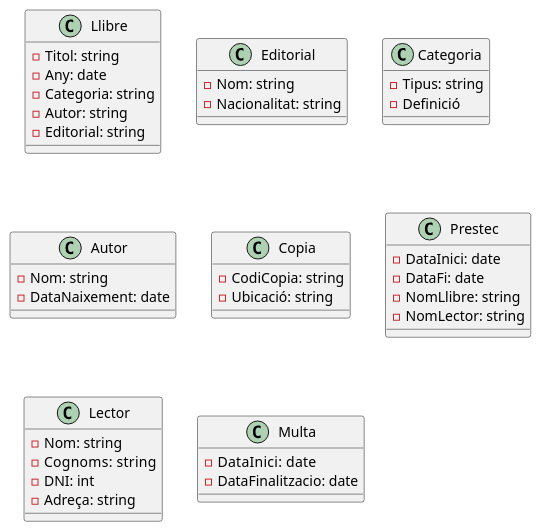
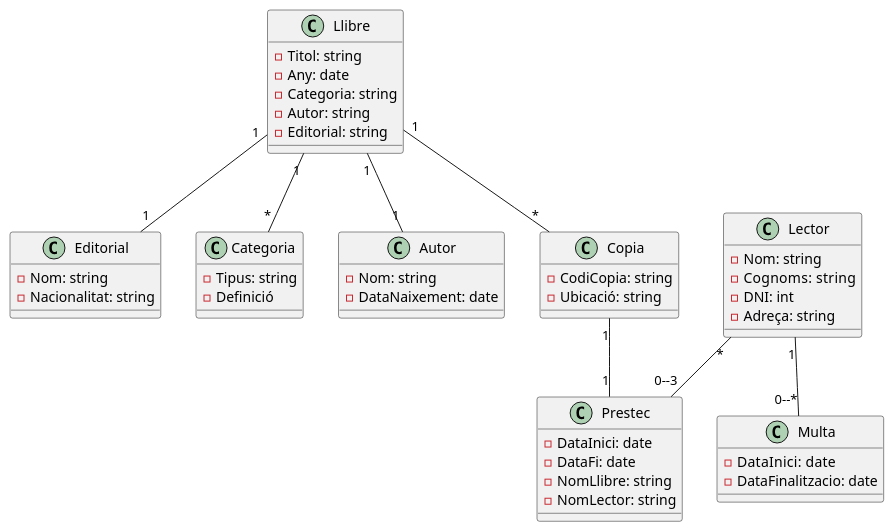
Before and after one commit to albert1413/PlantUML: the diagram in Biblioteca.plantuml, drawn with PlantUML.

Commit message:
versio 1.2

```diff
--- a/Biblioteca.plantuml
+++ b/Biblioteca.plantuml
@@ -1,51 +1,57 @@
 @startuml
 
 class Llibre{
     -Titol: string
     -Any: date
     -Categoria: string
     -Autor: string
     -Editorial: string
 }
 
 class Editorial{
     -Nom: string
     -Nacionalitat: string
 }
 
 class Categoria{
     -Tipus: string
     -Definició
 }
 
 class Autor{
     -Nom: string
     -DataNaixement: date 
 }
 
 class Copia{
     -CodiCopia: string
     -Ubicació: string
 }
 
 class Prestec{
     -DataInici: date
     -DataFi: date
     -NomLlibre: string
     -NomLector: string
 }
 
 class Lector{
     -Nom: string
     -Cognoms:  string
     -DNI: int
     -Adreça: string
 }
 
 class Multa{
     -DataInici:  date
     -DataFinalitzacio: date
 }
 
-
+Llibre "1" -- "*" Categoria 
+Llibre "1" -- "1" Autor 
+Llibre "1" -- "1" Editorial 
+Llibre "1" -- "*" Copia 
+Copia "1" -- "1" Prestec 
+Lector "*" -- "0--3" Prestec
+Lector "1" -- "0--*" Multa 
 @enduml
```
